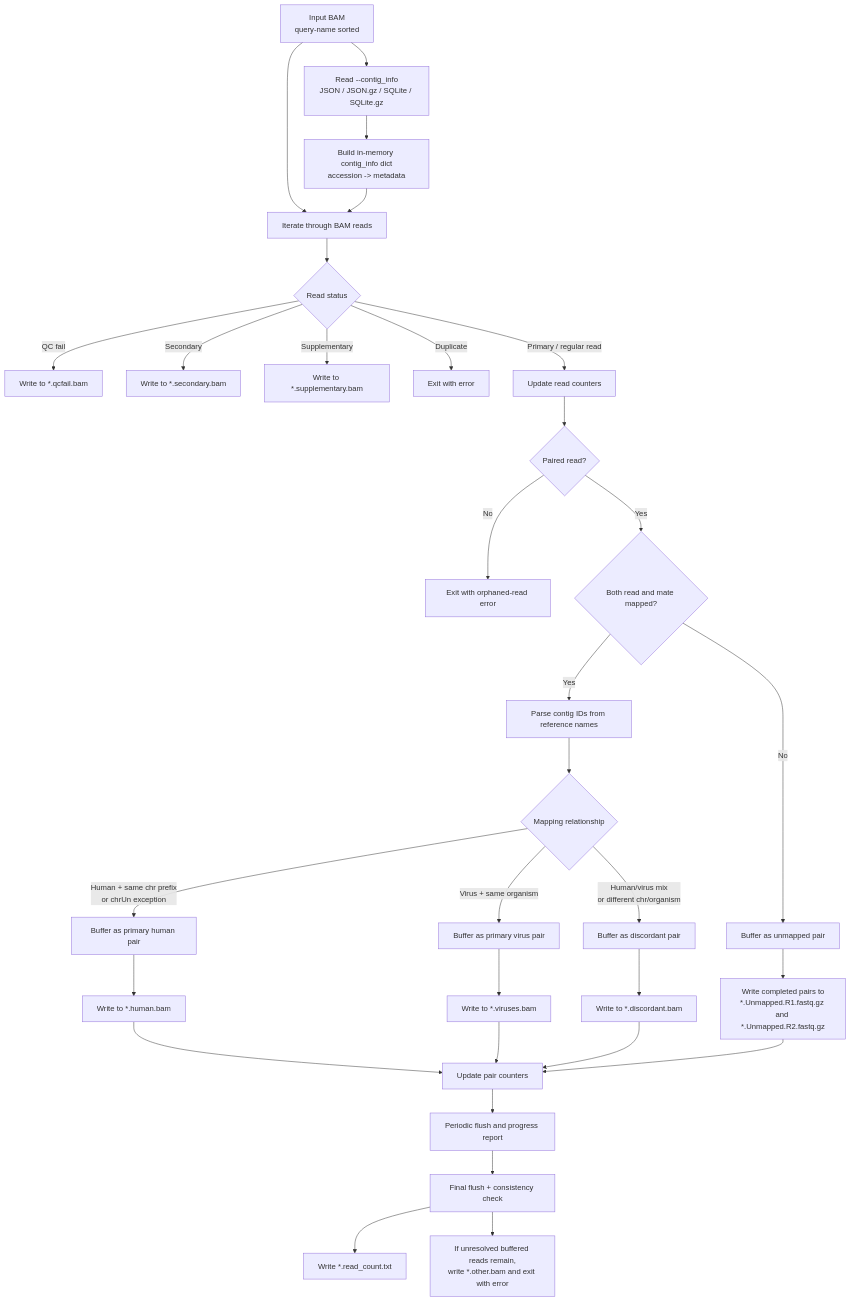
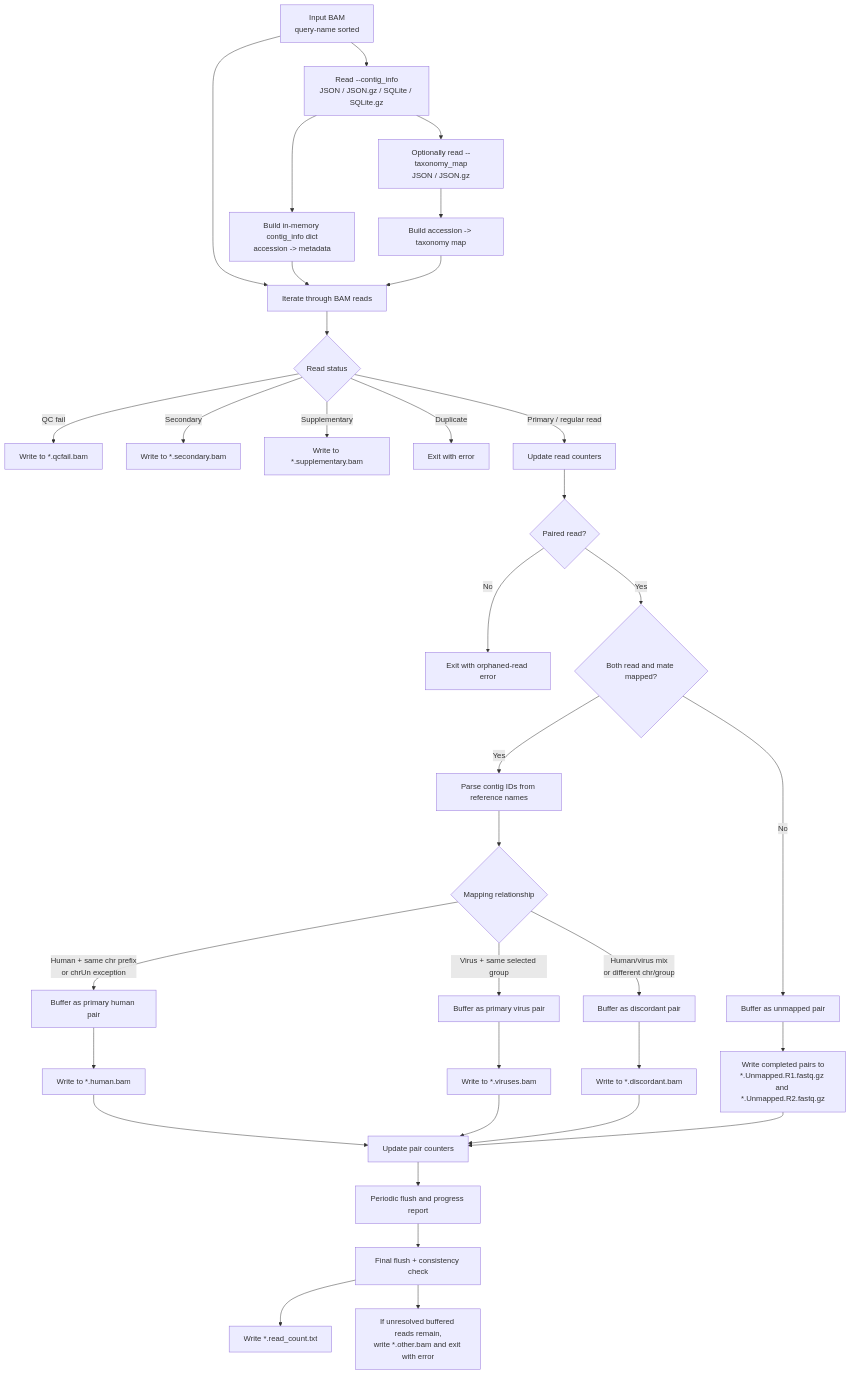
One commit to gongbinsheng/AdventSeq changed the diagram in taxonomic_classifier.md. Above: the diagram before and after it, drawn with Mermaid. The commit also changed other lines of this file and 6 other files, not shown here.

````diff
--- a/taxonomic_classifier.md
+++ b/taxonomic_classifier.md
@@ -13,41 +13,44 @@
 ```mermaid
 flowchart TD
     A["Input BAM<br/>query-name sorted"] --> B["Read --contig_info<br/>JSON / JSON.gz / SQLite / SQLite.gz"]
+    B --> B2["Optionally read --taxonomy_map<br/>JSON / JSON.gz"]
     B --> C["Build in-memory contig_info dict<br/>accession -> metadata"]
+    B2 --> C2["Build accession -> taxonomy map"]
     A --> D["Iterate through BAM reads"]
     C --> D
+    C2 --> D
 
     D --> E{"Read status"}
     E -->|QC fail| F["Write to *.qcfail.bam"]
     E -->|Secondary| G["Write to *.secondary.bam"]
     E -->|Supplementary| H["Write to *.supplementary.bam"]
     E -->|Duplicate| I["Exit with error"]
     E -->|Primary / regular read| J["Update read counters"]
 
     J --> K{"Paired read?"}
     K -->|No| L["Exit with orphaned-read error"]
     K -->|Yes| M{"Both read and mate mapped?"}
 
     M -->|No| N["Buffer as unmapped pair"]
     N --> O["Write completed pairs to<br/>*.Unmapped.R1.fastq.gz and *.Unmapped.R2.fastq.gz"]
 
     M -->|Yes| P["Parse contig IDs from reference names"]
     P --> Q{"Mapping relationship"}
     Q -->|Human + same chr prefix<br/>or chrUn exception| R["Buffer as primary human pair"]
-    Q -->|Virus + same organism| S["Buffer as primary virus pair"]
-    Q -->|Human/virus mix<br/>or different chr/organism| T["Buffer as discordant pair"]
+    Q -->|Virus + same selected group| S["Buffer as primary virus pair"]
+    Q -->|Human/virus mix<br/>or different chr/group| T["Buffer as discordant pair"]
 
     R --> U["Write to *.human.bam"]
     S --> V["Write to *.viruses.bam"]
     T --> W["Write to *.discordant.bam"]
 
     U --> X["Update pair counters"]
     V --> X
     W --> X
     O --> X
 
     X --> Y["Periodic flush and progress report"]
     Y --> Z["Final flush + consistency check"]
     Z --> AA["Write *.read_count.txt"]
     Z --> AB["If unresolved buffered reads remain,<br/>write *.other.bam and exit with error"]
 ```
````
